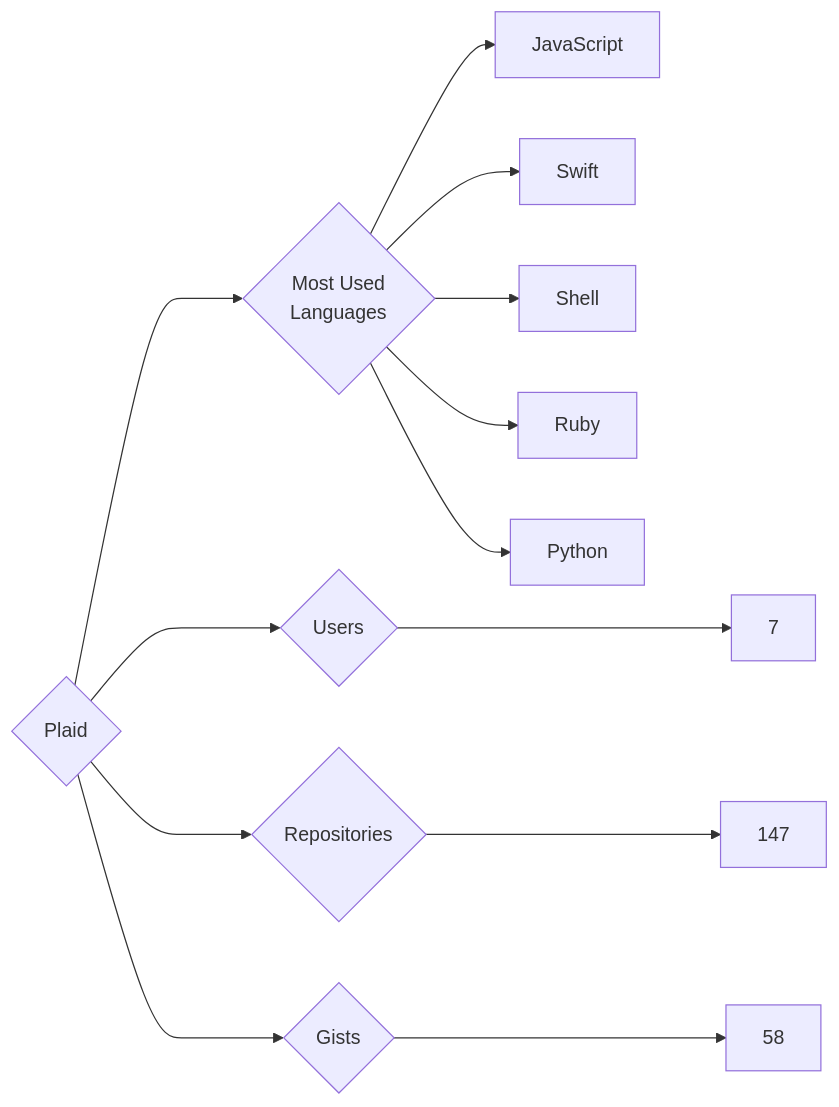
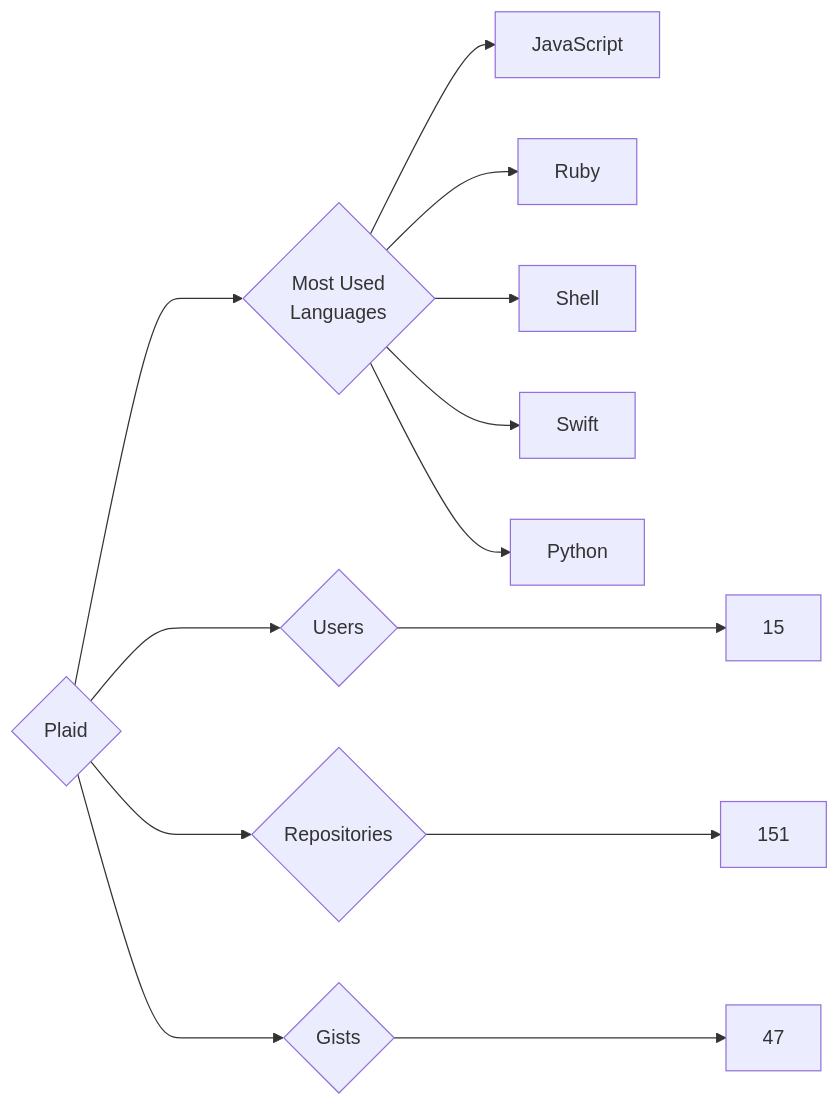
One commit to trickest/insiders changed the diagram in targets/Plaid/README.md. Above: the diagram before and after it, drawn with Mermaid. The commit also changed 1508 other files, not shown here.

````diff
--- a/targets/Plaid/README.md
+++ b/targets/Plaid/README.md
@@ -3,13 +3,13 @@
 ```mermaid
 graph LR
 COMPANY_NAME{Plaid}
-COMPANY_NAME ---> U{Users} ---> UN[7]
-COMPANY_NAME ---> R{Repositories} ---> RN[147]
-COMPANY_NAME ---> G{Gists} ---> GN[58]
+COMPANY_NAME ---> U{Users} ---> UN[15]
+COMPANY_NAME ---> R{Repositories} ---> RN[151]
+COMPANY_NAME ---> G{Gists} ---> GN[47]
 COMPANY_NAME ---> ML{Most Used<br>Languages}
 ML --> JavaScript[JavaScript]
+ML --> Ruby[Ruby]
+ML --> Shell[Shell]
 ML --> Swift[Swift]
-ML --> Shell[Shell]
-ML --> Ruby[Ruby]
 ML --> Python[Python]
 ```
````
